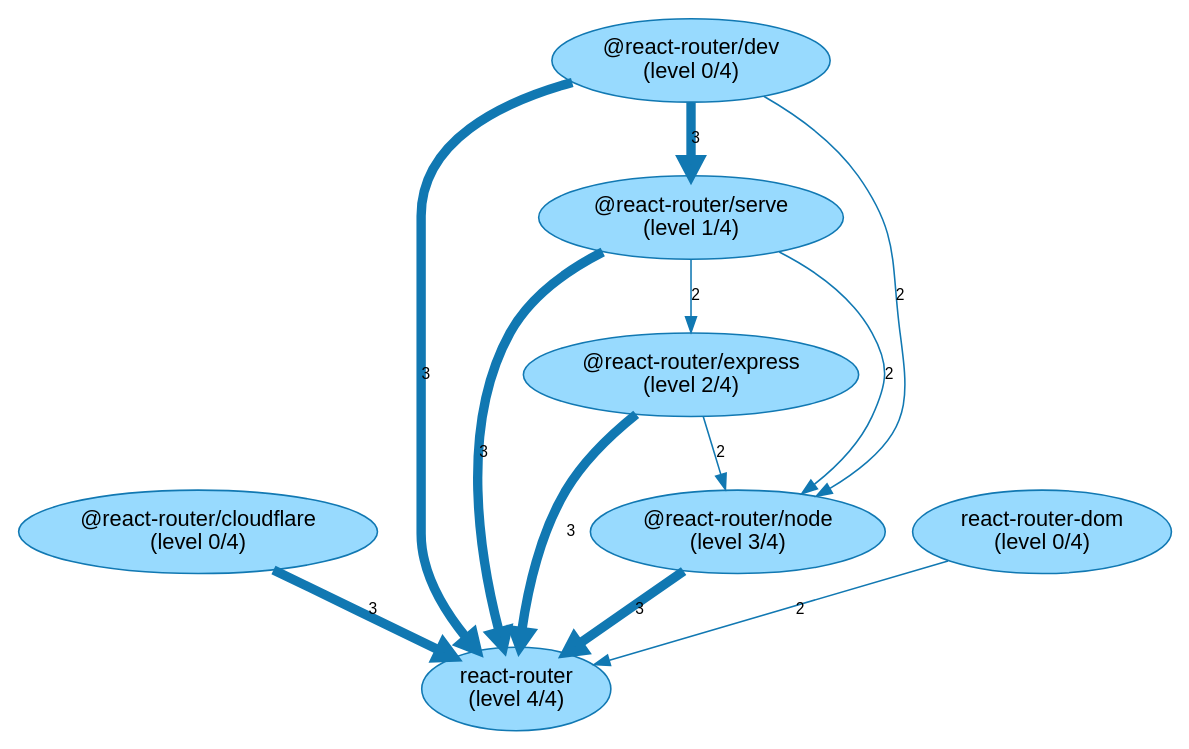
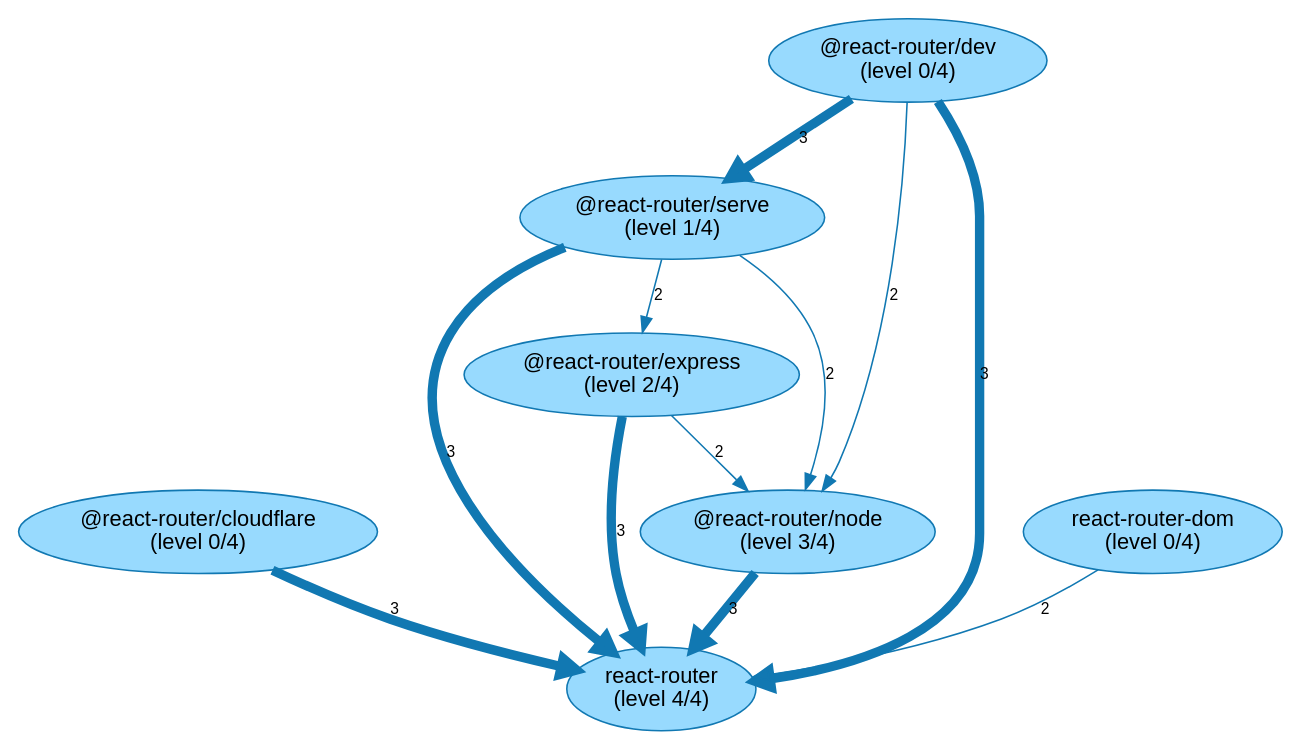
One commit to JohT/code-graph-analysis-examples changed the diagram in analysis-results/react-router/latest/internal-dependencies/NPM_NonDevPackage/Graph_Visualizations/NpmPackageBuildLevels.gv. Above: the diagram before and after it, drawn with Graphviz. The commit also changed other lines of this file and 347 other files, not shown here.

```diff
--- a/analysis-results/react-router/latest/internal-dependencies/NPM_NonDevPackage/Graph_Visualizations/NpmPackageBuildLevels.gv
+++ b/analysis-results/react-router/latest/internal-dependencies/NPM_NonDevPackage/Graph_Visualizations/NpmPackageBuildLevels.gv
@@ -1,21 +1,21 @@
 // This GraphViz dot file was generated by the script convertQueryResultCsvToGraphVizDotFile.sh with default.template
 
 strict digraph NpmPackageBuildLevels {
     fontname = "Helvetica,Arial,sans-serif";
     node [fontname = "Helvetica,Arial,sans-serif";];
     edge [fontname = "Helvetica,Arial,sans-serif"; fontsize = 10;];
     node [style = filled; fillcolor = "0.560 0.400 0.999";];
     node [color = "0.560 0.900 0.700";];
     edge [color = "0.560 0.900 0.700";];
 	"@react-router/cloudflare\n(level 0/4)" -> "react-router\n(level 4/4)" [label = 3; penwidth = 6.0; ];
+	"@react-router/node\n(level 3/4)" -> "react-router\n(level 4/4)" [label = 3; penwidth = 6.0; ];
 	"@react-router/serve\n(level 1/4)" -> "react-router\n(level 4/4)" [label = 3; penwidth = 6.0; ];
-	"@react-router/node\n(level 3/4)" -> "react-router\n(level 4/4)" [label = 3; penwidth = 6.0; ];
 	"@react-router/dev\n(level 0/4)" -> "react-router\n(level 4/4)" [label = 3; penwidth = 6.0; ];
 	"@react-router/express\n(level 2/4)" -> "react-router\n(level 4/4)" [label = 3; penwidth = 6.0; ];
 	"@react-router/dev\n(level 0/4)" -> "@react-router/serve\n(level 1/4)" [label = 3; penwidth = 6.0; ];
 	"react-router-dom\n(level 0/4)" -> "react-router\n(level 4/4)" [label = 2; penwidth = 1.0; ];
+	"@react-router/express\n(level 2/4)" -> "@react-router/node\n(level 3/4)" [label = 2; penwidth = 1.0; ];
 	"@react-router/dev\n(level 0/4)" -> "@react-router/node\n(level 3/4)" [label = 2; penwidth = 1.0; ];
 	"@react-router/serve\n(level 1/4)" -> "@react-router/node\n(level 3/4)" [label = 2; penwidth = 1.0; ];
-	"@react-router/express\n(level 2/4)" -> "@react-router/node\n(level 3/4)" [label = 2; penwidth = 1.0; ];
 	"@react-router/serve\n(level 1/4)" -> "@react-router/express\n(level 2/4)" [label = 2; penwidth = 1.0; ];
 }
```
